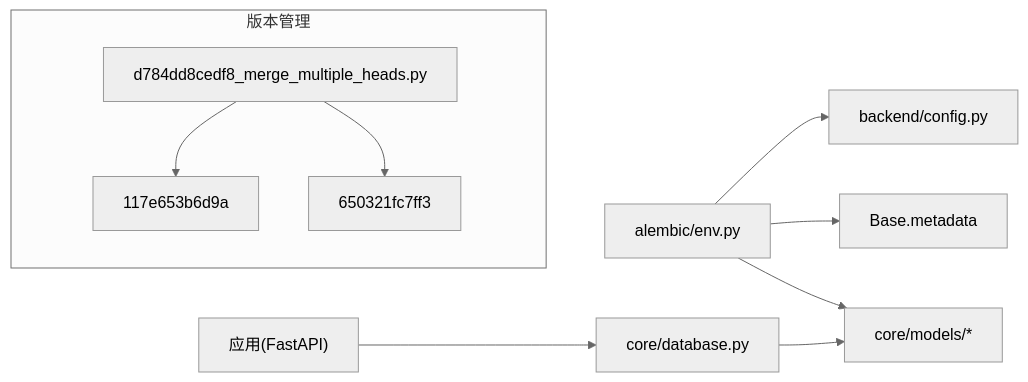
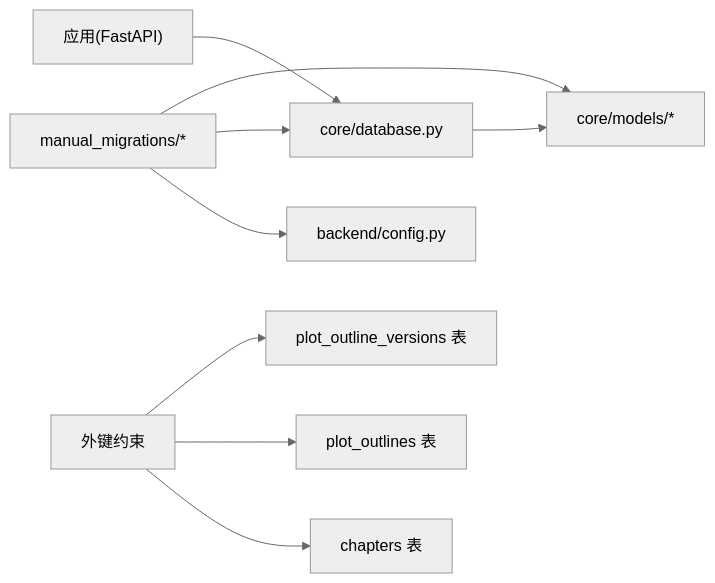
The eighth of 8 diagrams in .qoder/repowiki/zh/content/部署与运维/数据库管理与迁移.md (xfbyxq/ai-novel-system), drawn with Mermaid (neutral theme) before and after one commit. The commit also changed other lines of this file and 4 other files, not shown here.

First line of the commit message:
feat(database): 切换至手动迁移脚本系统并增强数据库Schema设计

````diff
--- a/.qoder/repowiki/zh/content/部署与运维/数据库管理与迁移.md
+++ b/.qoder/repowiki/zh/content/部署与运维/数据库管理与迁移.md
@@ -341,12 +287,11 @@
 ```mermaid
 graph LR
-ENV["alembic/env.py"] --> CFG["backend/config.py"]
-ENV --> META["Base.metadata"]
-ENV --> MODELS["core/models/*"]
-APP["应用(FastAPI)"] --> DB["core/database.py"]
+SCRIPTS["manual_migrations/*"] --> CONFIG["backend/config.py"]
+SCRIPTS --> DB["core/database.py"]
+SCRIPTS --> MODELS["core/models/*"]
+APP["应用(FastAPI)"] --> DB
 DB --> MODELS
-subgraph "版本管理"
-MERGE["d784dd8cedf8_merge_multiple_heads.py"] --> BRANCH_A["117e653b6d9a"]
-MERGE --> BRANCH_B["650321fc7ff3"]
-end
+FOREIGN["外键约束"] --> CHAPTERS["chapters 表"]
+FOREIGN --> OUTLINES["plot_outlines 表"]
+FOREIGN --> VERSIONS["plot_outline_versions 表"]
 ```
````
